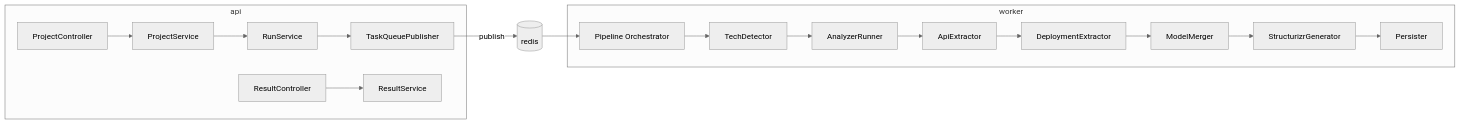
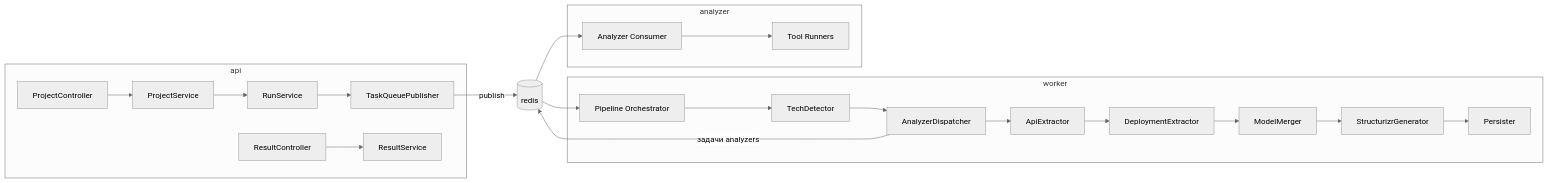
One commit to DVDemon/giturizer changed the third of 3 diagrams in docs/architecture.md. Above: the diagram before and after it, drawn with Mermaid (neutral theme). The commit also changed other lines of this file and 7 other files, not shown here.

````diff
--- a/docs/architecture.md
+++ b/docs/architecture.md
@@ -90,22 +94,27 @@
 ```mermaid
 flowchart LR
     subgraph api
         A1[ProjectController] --> A2[ProjectService]
         A2 --> A3[RunService]
         A3 --> A4[TaskQueuePublisher]
         A5[ResultController] --> A6[ResultService]
     end
     subgraph worker
         W1[Pipeline Orchestrator]
         W2[TechDetector]
-        W3[AnalyzerRunner]
+        W3[AnalyzerDispatcher]
         W4[ApiExtractor]
         W5[DeploymentExtractor]
         W6[ModelMerger]
         W7[StructurizrGenerator]
         W8[Persister]
     end
+    subgraph analyzer
+        N1[Analyzer Consumer] --> N2[Tool Runners]
+    end
     A4 -->|publish| RD[(redis)]
     RD --> W1
     W1 --> W2 --> W3 --> W4 --> W5 --> W6 --> W7 --> W8
+    W3 -->|задачи analyzers| RD
+    RD --> N1
 ```
````
